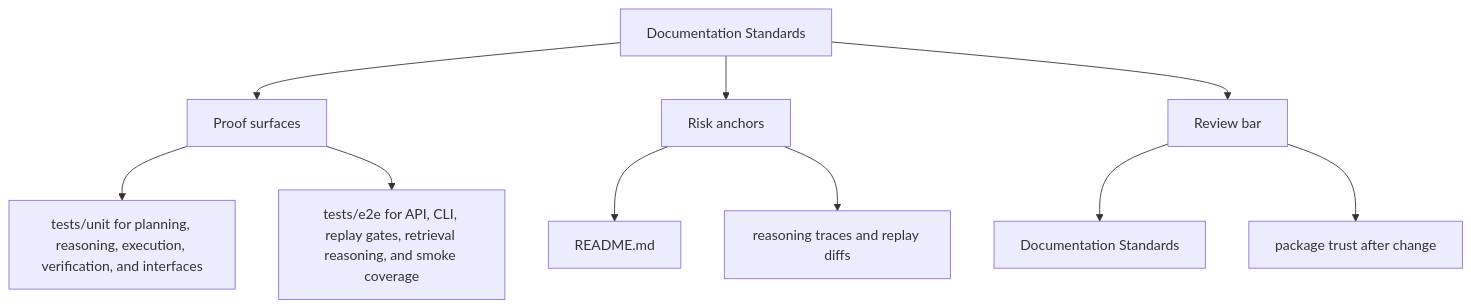
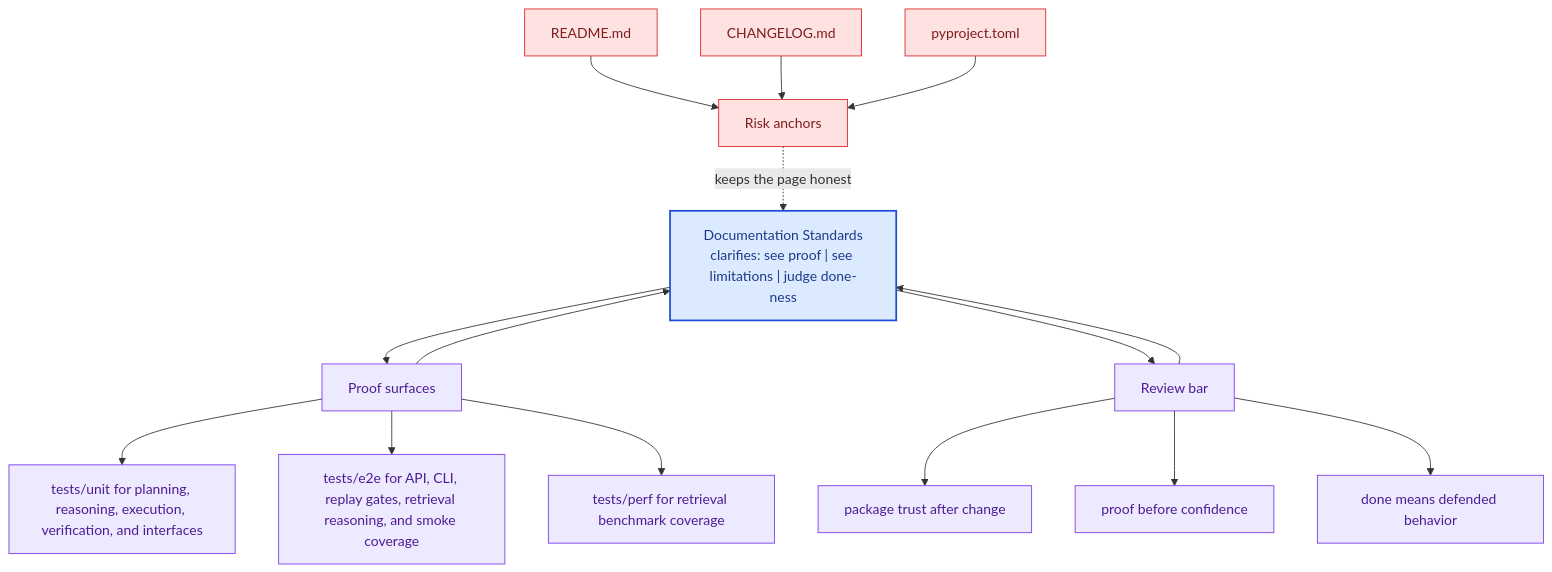
One commit to bijux/bijux-canon changed the second of 2 diagrams in docs/bijux-canon-reason/quality/documentation-standards.md. Above: the diagram before and after it, drawn with Mermaid. The commit also changed other lines of this file and 281 other files, not shown here.

Commit message:
docs(diagrams): deepen handbook mermaid maps across the catalog

````diff
--- a/docs/bijux-canon-reason/quality/documentation-standards.md
+++ b/docs/bijux-canon-reason/quality/documentation-standards.md
@@ -34,22 +67,41 @@
 ```mermaid
-flowchart TD
-    page["Documentation Standards"]
+flowchart TB
+    promise["Documentation Standards<br/>clarifies: see proof | see limitations | judge done-ness"]
+    classDef promise fill:#dbeafe,stroke:#1d4ed8,color:#1e3a8a,stroke-width:2px;
+    classDef driver fill:#dcfce7,stroke:#16a34a,color:#14532d;
+    classDef constraint fill:#fee2e2,stroke:#dc2626,color:#7f1d1d;
+    classDef ground fill:#ede9fe,stroke:#7c3aed,color:#4c1d95;
     focus1["Proof surfaces"]
-    page --> focus1
+    focus1 --> promise
+    promise --> focus1
     focus1_1["tests/unit for planning, reasoning, execution, verification, and interfaces"]
     focus1 --> focus1_1
     focus1_2["tests/e2e for API, CLI, replay gates, retrieval reasoning, and smoke coverage"]
     focus1 --> focus1_2
+    focus1_3["tests/perf for retrieval benchmark coverage"]
+    focus1 --> focus1_3
+    class focus1 ground;
+    class focus1_1,focus1_2,focus1_3 ground;
     focus2["Risk anchors"]
-    page --> focus2
+    focus2 -.keeps the page honest.-> promise
     focus2_1["README.md"]
-    focus2 --> focus2_1
-    focus2_2["reasoning traces and replay diffs"]
-    focus2 --> focus2_2
+    focus2_1 --> focus2
+    focus2_2["CHANGELOG.md"]
+    focus2_2 --> focus2
+    focus2_3["pyproject.toml"]
+    focus2_3 --> focus2
+    class focus2 constraint;
+    class focus2_1,focus2_2,focus2_3 constraint;
     focus3["Review bar"]
-    page --> focus3
-    focus3_1["Documentation Standards"]
+    focus3 --> promise
+    promise --> focus3
+    focus3_1["package trust after change"]
     focus3 --> focus3_1
-    focus3_2["package trust after change"]
+    focus3_2["proof before confidence"]
     focus3 --> focus3_2
+    focus3_3["done means defended behavior"]
+    focus3 --> focus3_3
+    class focus3 ground;
+    class focus3_1,focus3_2,focus3_3 ground;
+    class promise promise;
 ```
````
